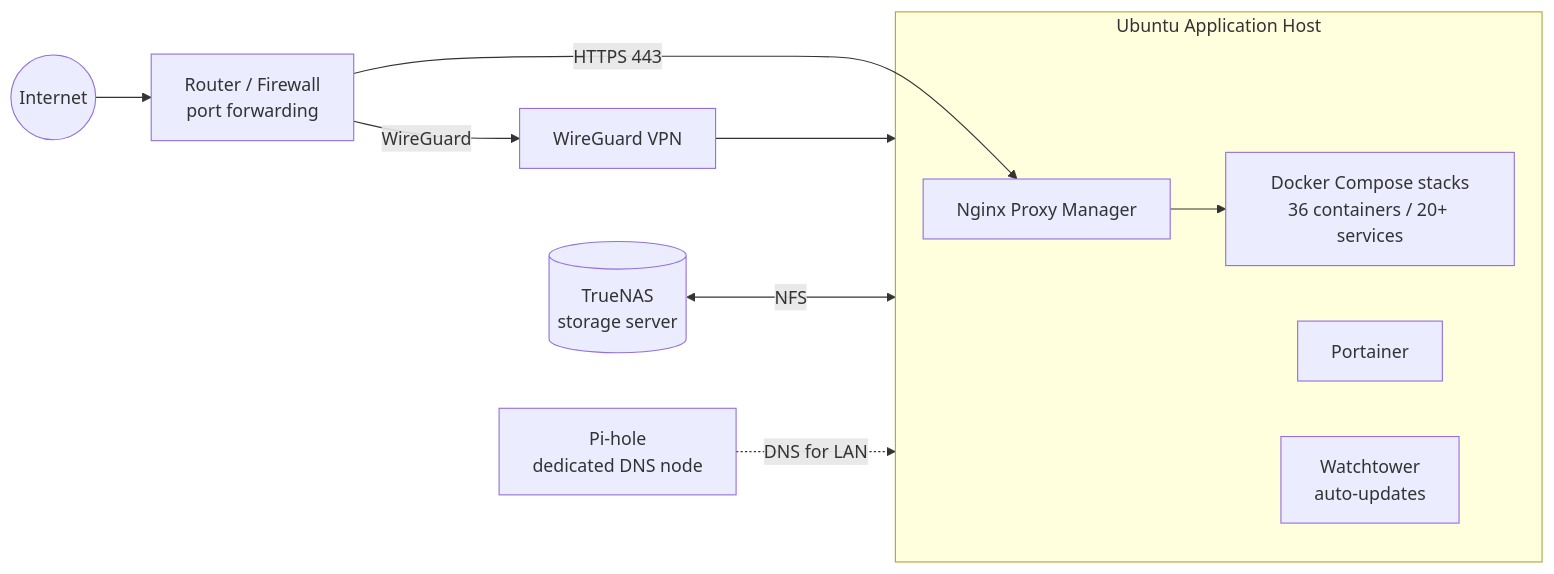
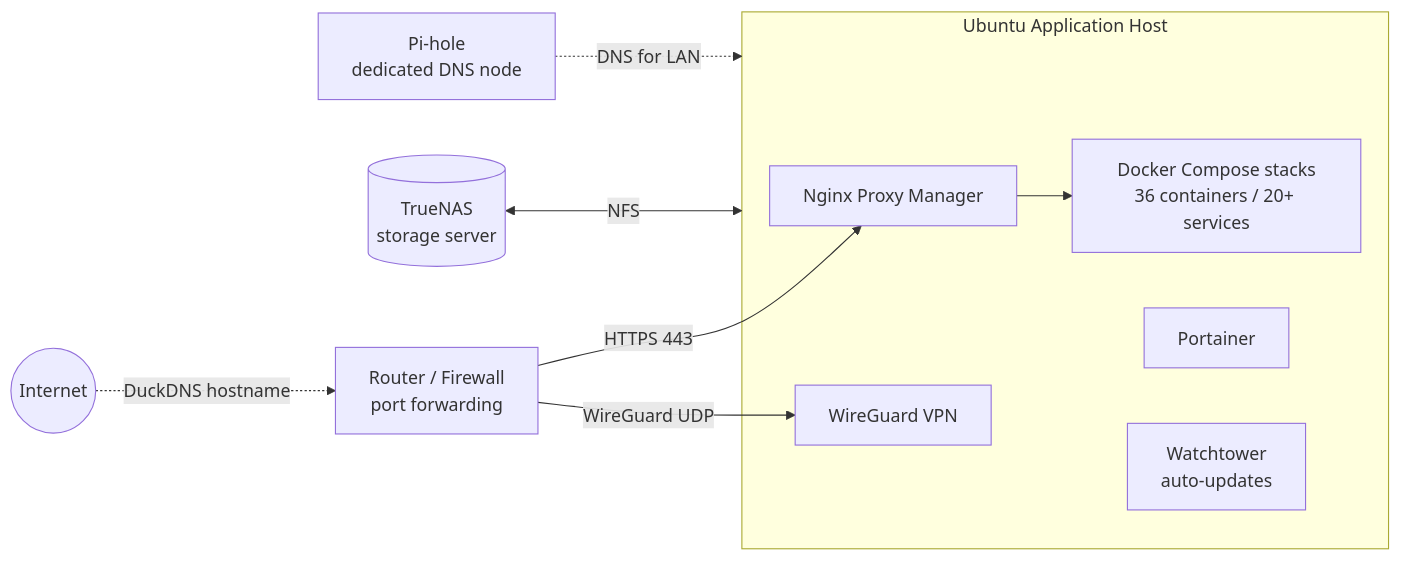
The diagram in README.md (JuanGamez79/HomeLab), drawn with Mermaid before and after one commit. The commit also changed other lines of this file, not shown here.

First line of the commit message:
Enhance README with architecture and hardware info

````diff
--- a/README.md
+++ b/README.md
@@ -11,16 +11,16 @@
 ```mermaid
 flowchart LR
-    Internet((Internet)) --> Router[Router / Firewall<br/>port forwarding]
+    Internet((Internet)) -.->|DuckDNS hostname| Router[Router / Firewall<br/>port forwarding]
     Router -->|HTTPS 443| NPM
-    Router -->|WireGuard| VPN[WireGuard VPN]
+    Router -->|WireGuard UDP| WG
 
     subgraph Host[Ubuntu Application Host]
         NPM[Nginx Proxy Manager] --> Apps[Docker Compose stacks<br/>36 containers / 20+ services]
+        WG[WireGuard VPN]
         Portainer[Portainer]
         Watchtower[Watchtower<br/>auto-updates]
     end
 
-    VPN --> Host
     NAS[(TrueNAS<br/>storage server)] <-->|NFS| Host
     PiHole[Pi-hole<br/>dedicated DNS node] -.->|DNS for LAN| Host
 ```
````
